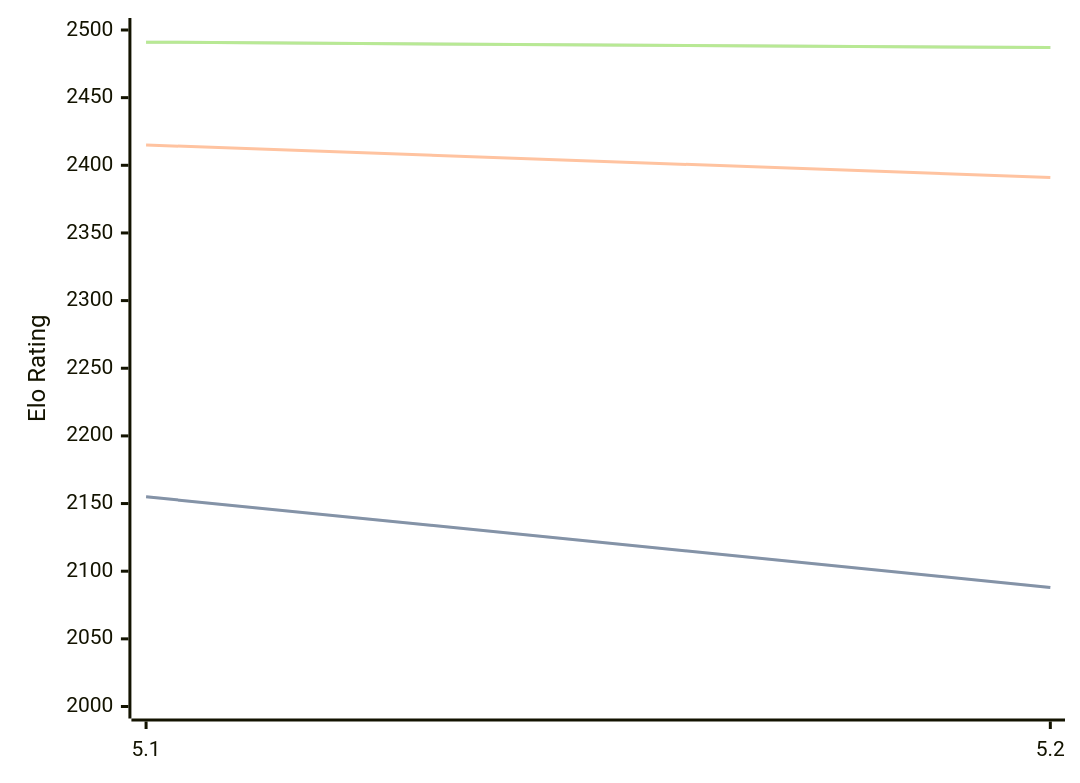
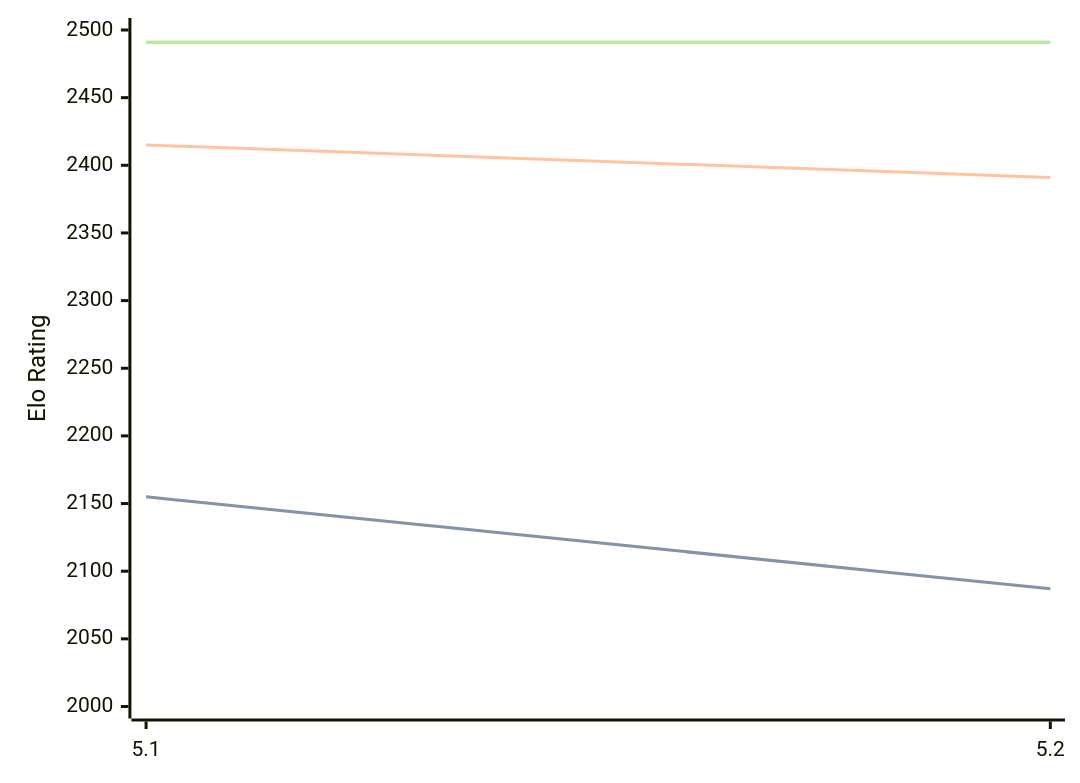
One commit to computer-chess-index/cci changed the third of 3 diagrams in engines/Prophet.md. Above: the diagram before and after it, drawn with Mermaid. The commit also changed other lines of this file, not shown here.

Commit message:
Update CCI Ratings (ELO VLTC) - 2026-06-30

````diff
--- a/engines/Prophet.md
+++ b/engines/Prophet.md
@@ -71,11 +71,11 @@
 ```mermaid
 %%{init: {"theme":"base","themeVariables":{"seriesColors:['#a3a3a3','#222221','#faa371']}}}%%
 xychart-beta
   x-axis ["5.1", "5.2"]
   y-axis "Elo Rating" 2000 --> 2500
-  line "STC (8.0+0.08s)" [2155, 2088]
-  line "STC (8.0+0.08s)" [2155, 2088]
+  line "STC (8.0+0.08s)" [2155, 2087]
+  line "STC (8.0+0.08s)" [2155, 2087]
   line "LTC (60.0+0.60s)" [2415, 2391]
-  line "VLTC (2m24s+1.12s)" [2491, 2487]
-  line "VLTC (2m24s+1.12s)" [2491, 2487]
+  line "VLTC (2m24s+1.12s)" [2491, 2491]
+  line "VLTC (2m24s+1.12s)" [2491, 2491]
 ```
````
